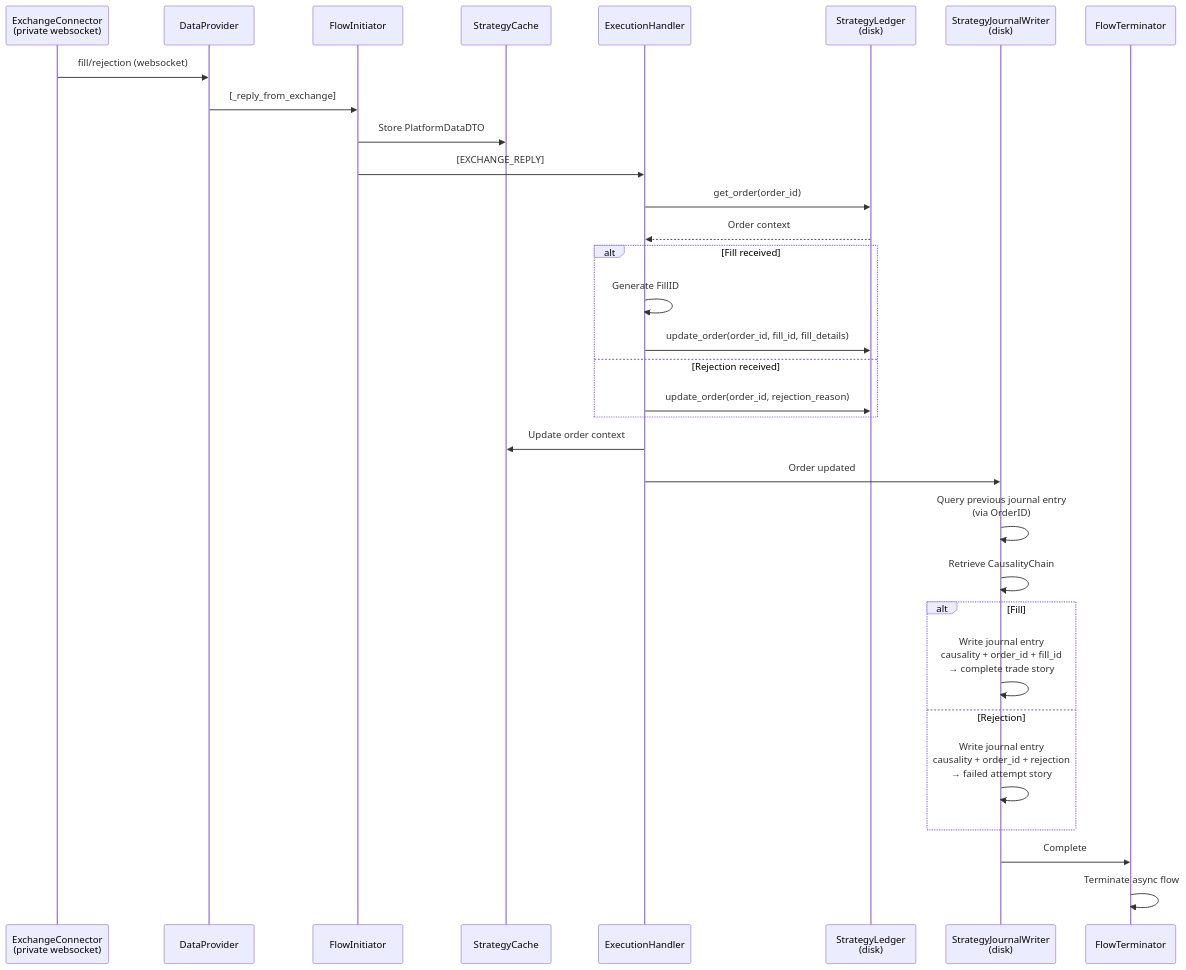
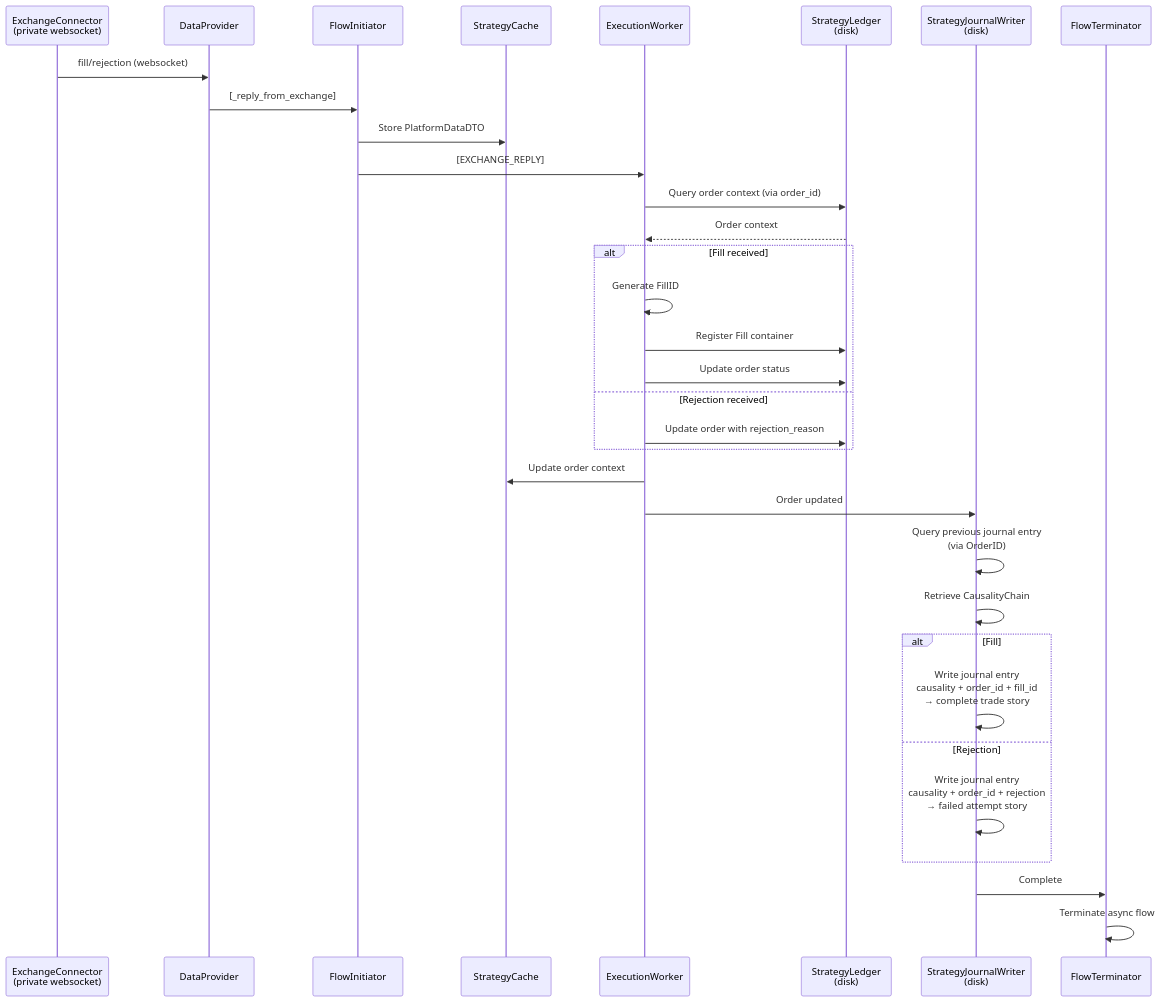
The second of 3 diagrams in docs/architecture/EXECUTION_FLOW.md (MikeyVK/S1mpleTraderV3), drawn with Mermaid before and after one commit. The commit also changed other lines of this file, not shown here.

First line of the commit message:
docs: revise EXECUTION_FLOW.md v2.0 - ExecutionHandler→ExecutionWorker

````diff
--- a/docs/architecture/EXECUTION_FLOW.md
+++ b/docs/architecture/EXECUTION_FLOW.md
@@ -164,41 +178,42 @@
 ```mermaid
 sequenceDiagram
     participant EC as ExchangeConnector<br/>(private websocket)
     participant DP as DataProvider
     participant FI as FlowInitiator
     participant SC as StrategyCache
-    participant EH as ExecutionHandler
+    participant EW as ExecutionWorker
     participant SL as StrategyLedger<br/>(disk)
     participant SJ as StrategyJournalWriter<br/>(disk)
     participant FT as FlowTerminator
 
     EC->>DP: fill/rejection (websocket)
     DP->>FI: [_reply_from_exchange]
     FI->>SC: Store PlatformDataDTO
-    FI->>EH: [EXCHANGE_REPLY]
+    FI->>EW: [EXCHANGE_REPLY]
     
-    EH->>SL: get_order(order_id)
-    SL-->>EH: Order context
+    EW->>SL: Query order context (via order_id)
+    SL-->>EW: Order context
     
     alt Fill received
-        EH->>EH: Generate FillID
-        EH->>SL: update_order(order_id, fill_id, fill_details)
+        EW->>EW: Generate FillID
+        EW->>SL: Register Fill container
+        EW->>SL: Update order status
     else Rejection received
-        EH->>SL: update_order(order_id, rejection_reason)
+        EW->>SL: Update order with rejection_reason
     end
     
-    EH->>SC: Update order context
+    EW->>SC: Update order context
     
-    EH->>SJ: Order updated
+    EW->>SJ: Order updated
     SJ->>SJ: Query previous journal entry<br/>(via OrderID)
     SJ->>SJ: Retrieve CausalityChain
     
     alt Fill
         SJ->>SJ: Write journal entry<br/>causality + order_id + fill_id<br/>→ complete trade story
     else Rejection
         SJ->>SJ: Write journal entry<br/>causality + order_id + rejection<br/>→ failed attempt story
     end
     
     SJ->>FT: Complete
     FT->>FT: Terminate async flow
 ```
````
